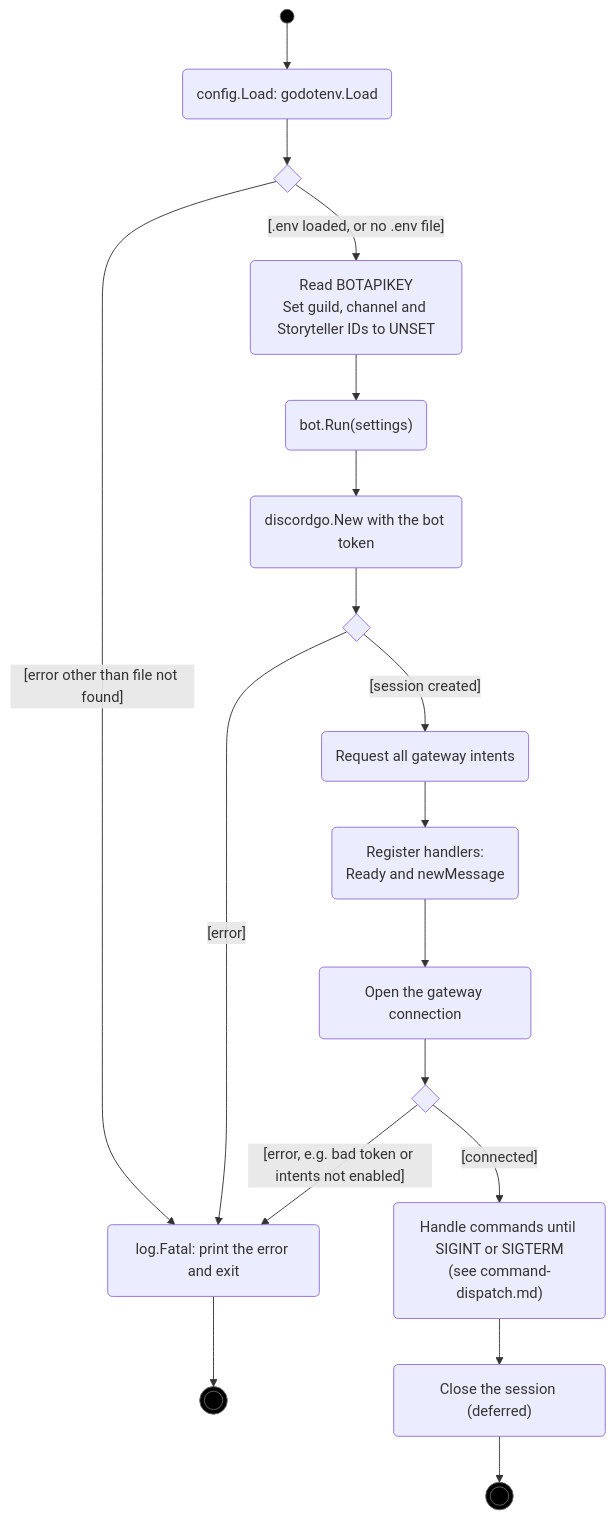
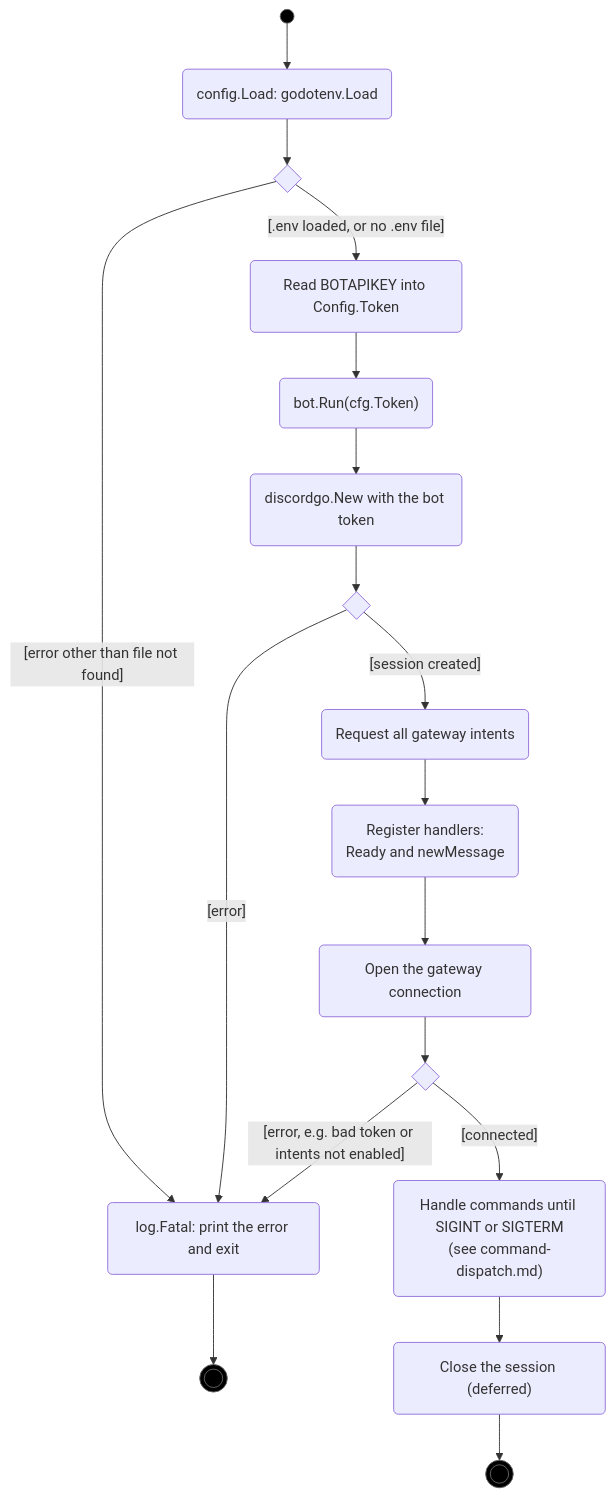
One commit to RAGNOARAKNOS/BotOnTheClocktower changed the first of 2 diagrams in docs/uml/startup.md. Above: the diagram before and after it, drawn with Mermaid. The commit also changed other lines of this file and 13 other files, not shown here.

````diff
--- a/docs/uml/startup.md
+++ b/docs/uml/startup.md
@@ -11,23 +11,23 @@
 ```mermaid
 flowchart TD
     start((" ")):::initial --> load("config.Load: godotenv.Load")
     load --> d1{" "}
     d1 -->|"[error other than file not found]"| fatal("log.Fatal: print the error and exit")
-    d1 -->|"[.env loaded, or no .env file]"| fill("Read BOTAPIKEY<br/>Set guild, channel and Storyteller IDs to UNSET")
-    fill --> run("bot.Run(settings)")
+    d1 -->|"[.env loaded, or no .env file]"| fill("Read BOTAPIKEY into Config.Token")
+    fill --> run("bot.Run(cfg.Token)")
     run --> newS("discordgo.New with the bot token")
     newS --> d2{" "}
     d2 -->|"[error]"| fatal
     d2 -->|"[session created]"| intents("Request all gateway intents")
     intents --> handlers("Register handlers:<br/>Ready and newMessage")
     handlers --> open("Open the gateway connection")
     open --> d3{" "}
     d3 -->|"[error, e.g. bad token or intents not enabled]"| fatal
     d3 -->|"[connected]"| wait("Handle commands until SIGINT or SIGTERM<br/>(see command-dispatch.md)")
     wait --> closeS("Close the session (deferred)")
     closeS --> stopOk(((" "))):::final
     fatal --> stopErr(((" "))):::final
 
     classDef initial fill:#000,stroke:#666
     classDef final fill:#000,stroke:#666
 ```
````
